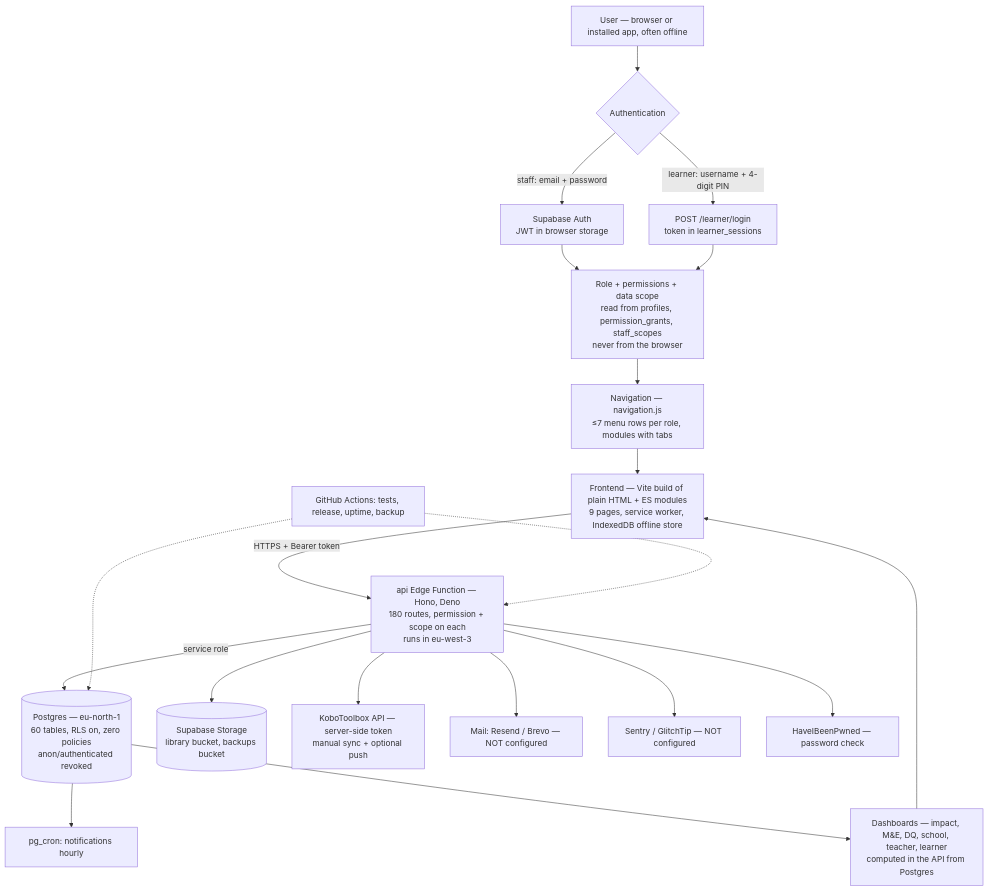
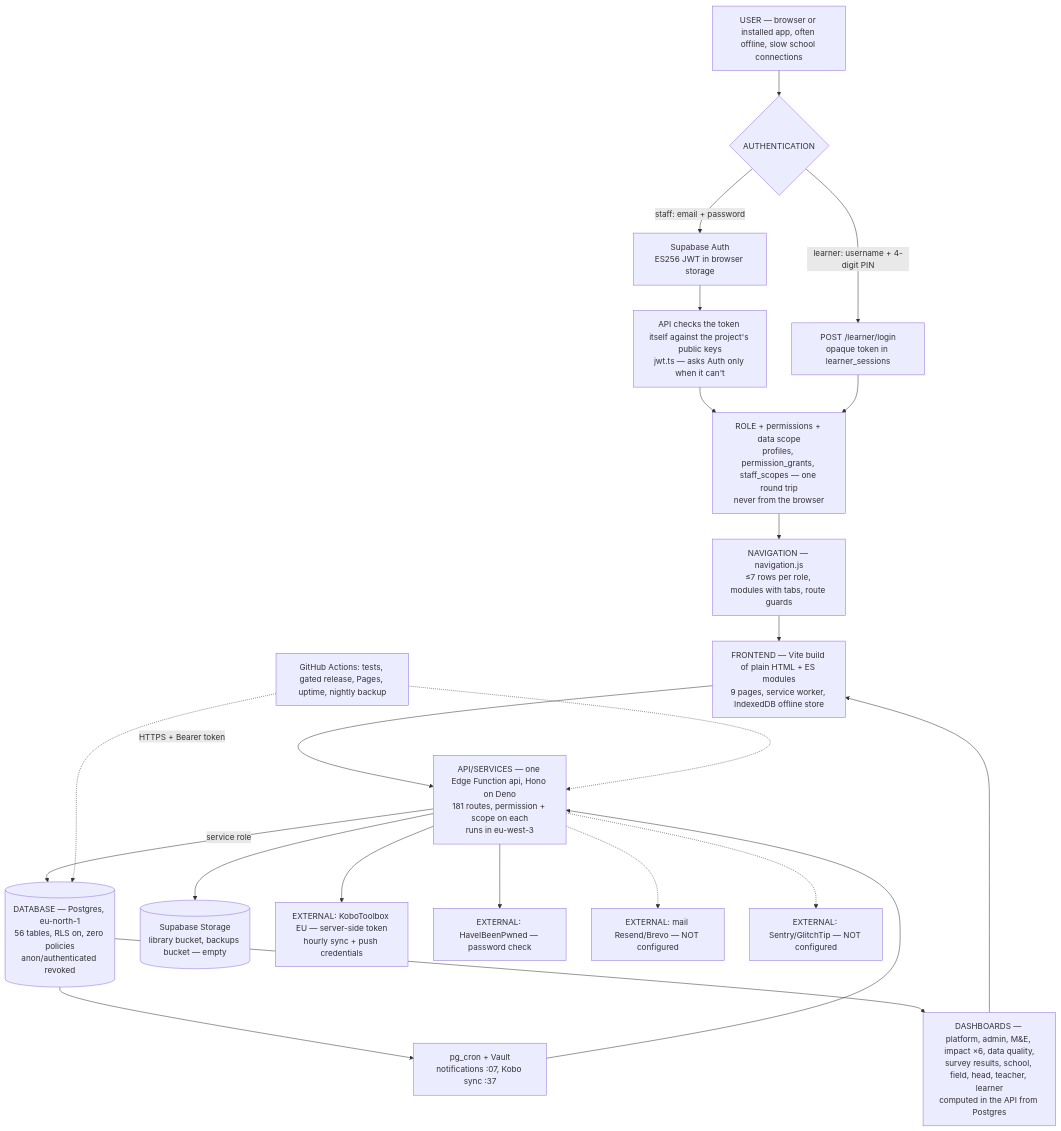
One commit to khaima/Learning-portal changed the diagram in docs/AUDIT.md. Above: the diagram before and after it, drawn with Mermaid. The commit also changed other lines of this file, not shown here.

````diff
--- a/docs/AUDIT.md
+++ b/docs/AUDIT.md
@@ -48,22 +74,24 @@
 ```mermaid
 flowchart TD
-  U[User — browser or installed app, often offline] --> A{Authentication}
-  A -->|staff: email + password| SA[Supabase Auth<br/>JWT in browser storage]
-  A -->|learner: username + 4-digit PIN| LP[POST /learner/login<br/>token in learner_sessions]
-  SA --> R[Role + permissions + data scope<br/>read from profiles, permission_grants, staff_scopes<br/>never from the browser]
+  U[USER — browser or installed app, often offline, slow school connections] --> A{AUTHENTICATION}
+  A -->|staff: email + password| SA[Supabase Auth<br/>ES256 JWT in browser storage]
+  A -->|learner: username + 4-digit PIN| LP[POST /learner/login<br/>opaque token in learner_sessions]
+  SA --> V[API checks the token itself against the project's public keys<br/>jwt.ts — asks Auth only when it can't]
+  V --> R[ROLE + permissions + data scope<br/>profiles, permission_grants, staff_scopes — one round trip<br/>never from the browser]
   LP --> R
-  R --> N[Navigation — navigation.js<br/>≤7 menu rows per role, modules with tabs]
-  N --> F[Frontend — Vite build of plain HTML + ES modules<br/>9 pages, service worker, IndexedDB offline store]
-  F -->|HTTPS + Bearer token| API[api Edge Function — Hono, Deno<br/>180 routes, permission + scope on each<br/>runs in eu-west-3]
-  API -->|service role| DB[(Postgres — eu-north-1<br/>60 tables, RLS on, zero policies<br/>anon/authenticated revoked)]
-  API --> ST[(Supabase Storage<br/>library bucket, backups bucket)]
-  API --> K[KoboToolbox API — server-side token<br/>manual sync + optional push]
-  API --> M[Mail: Resend / Brevo — NOT configured]
-  API --> S[Sentry / GlitchTip — NOT configured]
-  API --> H[HaveIBeenPwned — password check]
-  DB --> CR[pg_cron: notifications hourly]
-  DB --> D[Dashboards — impact, M&E, DQ, school, teacher, learner<br/>computed in the API from Postgres]
+  R --> N[NAVIGATION — navigation.js<br/>≤7 rows per role, modules with tabs, route guards]
+  N --> F[FRONTEND — Vite build of plain HTML + ES modules<br/>9 pages, service worker, IndexedDB offline store]
+  F -->|HTTPS + Bearer token| API[API/SERVICES — one Edge Function api, Hono on Deno<br/>181 routes, permission + scope on each<br/>runs in eu-west-3]
+  API -->|service role| DB[(DATABASE — Postgres, eu-north-1<br/>56 tables, RLS on, zero policies<br/>anon/authenticated revoked)]
+  API --> ST[(Supabase Storage<br/>library bucket, backups bucket — empty)]
+  API --> K[EXTERNAL: KoboToolbox EU — server-side token<br/>hourly sync + push credentials]
+  API --> H[EXTERNAL: HaveIBeenPwned — password check]
+  API -.-> M[EXTERNAL: mail Resend/Brevo — NOT configured]
+  API -.-> S[EXTERNAL: Sentry/GlitchTip — NOT configured]
+  DB --> CR[pg_cron + Vault<br/>notifications :07, Kobo sync :37]
+  CR --> API
+  DB --> D[DASHBOARDS — platform, admin, M&E, impact ×6, data quality,<br/>survey results, school, field, head, teacher, learner<br/>computed in the API from Postgres]
   D --> F
-  GH[GitHub Actions: tests, release, uptime, backup] -.-> API
+  GH[GitHub Actions: tests, gated release, Pages, uptime, nightly backup] -.-> API
   GH -.-> DB
 ```
````
